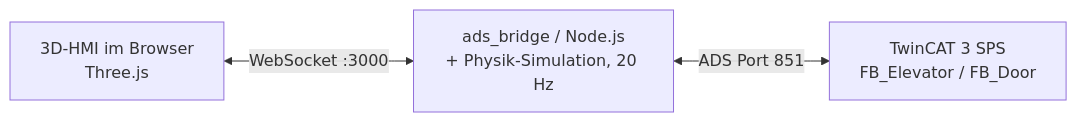
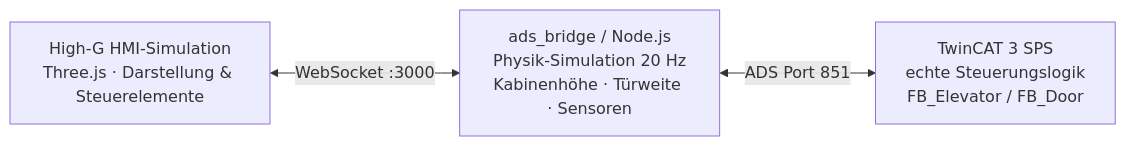
One commit to HeartledAgentEngineer/it-ot-agentic-engineering changed the diagram in 01_IT-OT_Integration/README.md. Above: the diagram before and after it, drawn with Mermaid. The commit also changed other lines of this file and 2 other files, not shown here.

Commit message:
READMEs: Groq entfernt, Physik-Simulation ergänzt; 01_IT-OT_README aktualisiert

````diff
--- a/01_IT-OT_Integration/README.md
+++ b/01_IT-OT_Integration/README.md
@@ -16,5 +16,5 @@
 ```mermaid
 graph LR
-    HMI[3D-HMI im Browser<br/>Three.js] <-->|WebSocket :3000| Bridge[ads_bridge / Node.js<br/>+ Physik-Simulation, 20 Hz]
-    Bridge <-->|ADS Port 851| PLC[TwinCAT 3 SPS<br/>FB_Elevator / FB_Door]
+    HMI[High-G HMI-Simulation<br/>Three.js · Darstellung & Steuerelemente] <-->|WebSocket :3000| Bridge[ads_bridge / Node.js<br/>Physik-Simulation 20 Hz<br/>Kabinenhöhe · Türweite · Sensoren]
+    Bridge <-->|ADS Port 851| PLC[TwinCAT 3 SPS<br/>echte Steuerungslogik<br/>FB_Elevator / FB_Door]
 ```
````
